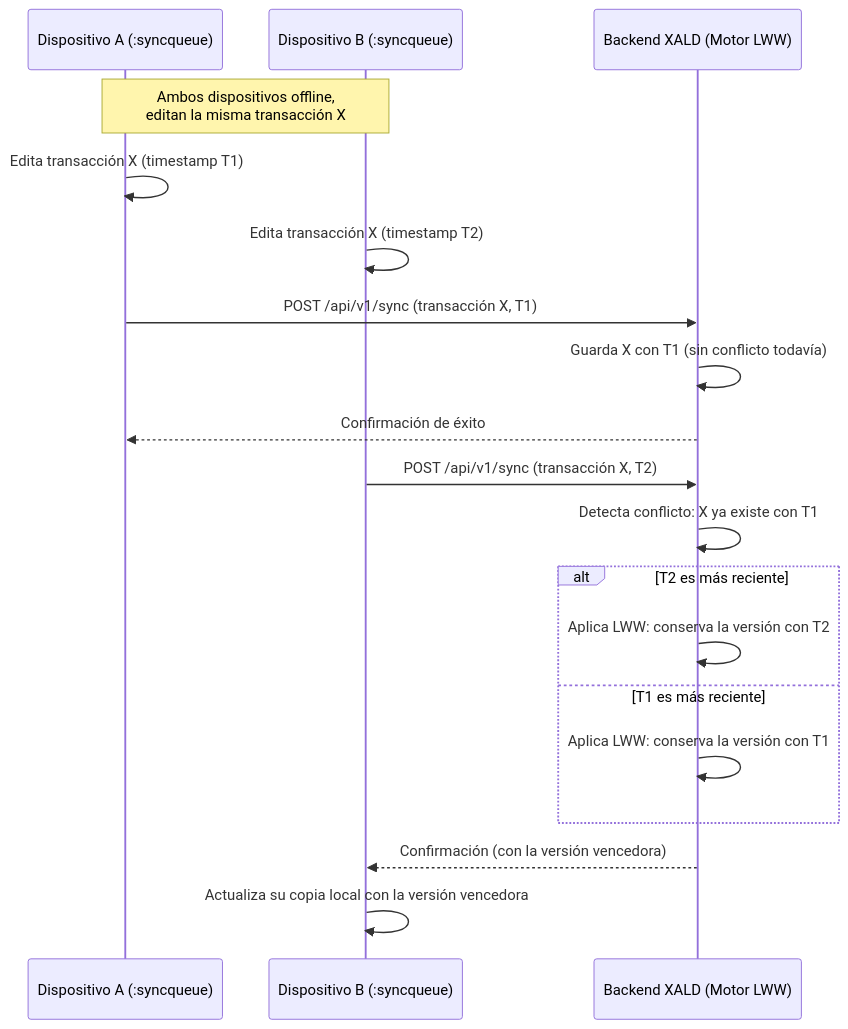
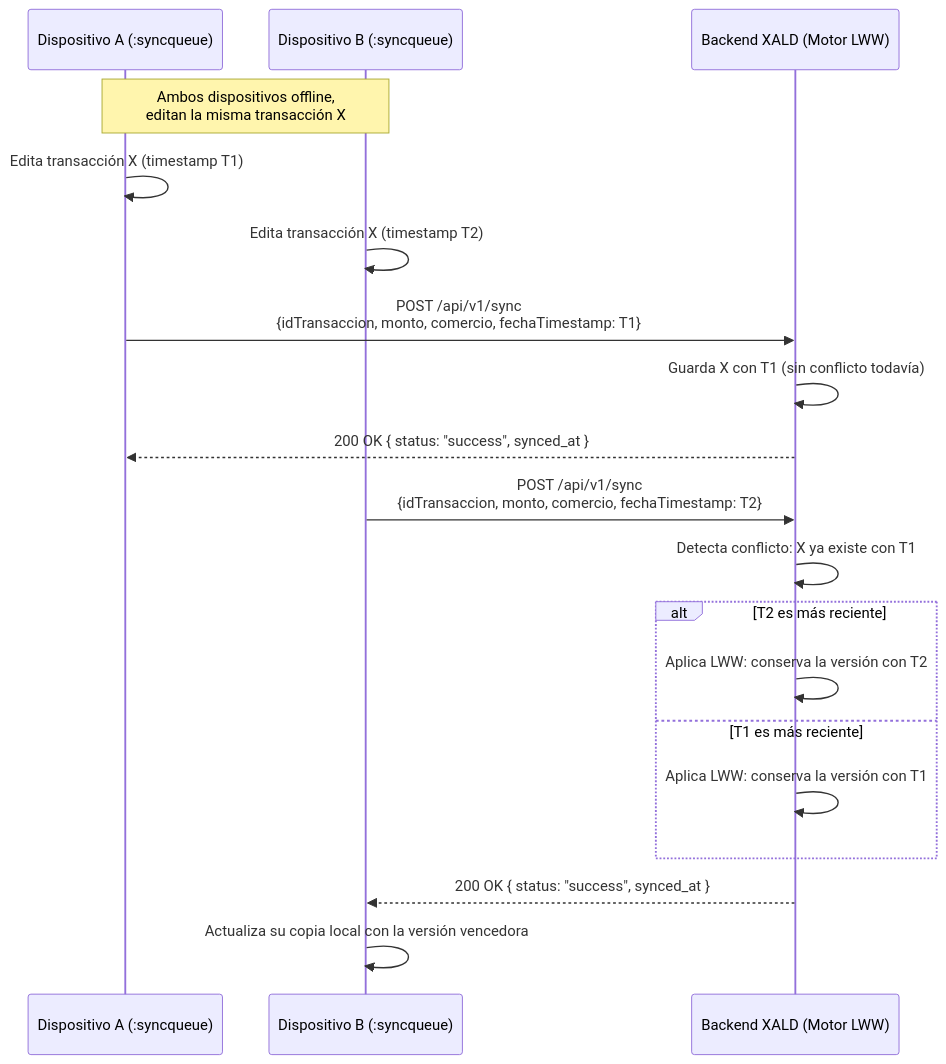
Before and after one commit to ISCOUTB/AS_202620_XALD: the third of 5 diagrams in docs/arc42/06-Runtime view.md, drawn with Mermaid. The commit also changed other lines of this file, not shown here.

Commit message:
Update 06-Runtime view.md

````diff
--- a/docs/arc42/06-Runtime view.md
+++ b/docs/arc42/06-Runtime view.md
@@ -103,24 +105,24 @@
 ```mermaid
 sequenceDiagram
     participant D1 as Dispositivo A (:syncqueue)
     participant D2 as Dispositivo B (:syncqueue)
     participant BK as Backend XALD (Motor LWW)
 
     Note over D1,D2: Ambos dispositivos offline,<br/>editan la misma transacción X
     D1->>D1: Edita transacción X (timestamp T1)
     D2->>D2: Edita transacción X (timestamp T2)
 
-    D1->>BK: POST /api/v1/sync (transacción X, T1)
+    D1->>BK: POST /api/v1/sync<br/>{idTransaccion, monto, comercio, fechaTimestamp: T1}
     BK->>BK: Guarda X con T1 (sin conflicto todavía)
-    BK-->>D1: Confirmación de éxito
+    BK-->>D1: 200 OK { status: "success", synced_at }
 
-    D2->>BK: POST /api/v1/sync (transacción X, T2)
+    D2->>BK: POST /api/v1/sync<br/>{idTransaccion, monto, comercio, fechaTimestamp: T2}
     BK->>BK: Detecta conflicto: X ya existe con T1
     alt T2 es más reciente
         BK->>BK: Aplica LWW: conserva la versión con T2
     else T1 es más reciente
         BK->>BK: Aplica LWW: conserva la versión con T1
     end
-    BK-->>D2: Confirmación (con la versión vencedora)
+    BK-->>D2: 200 OK { status: "success", synced_at }
     D2->>D2: Actualiza su copia local con la versión vencedora
 ```
````
